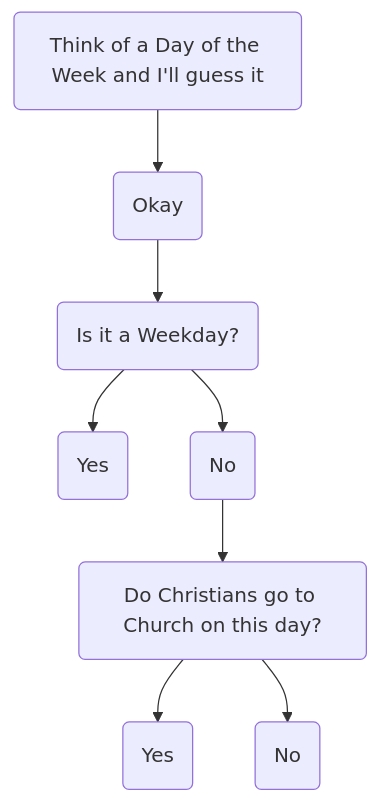
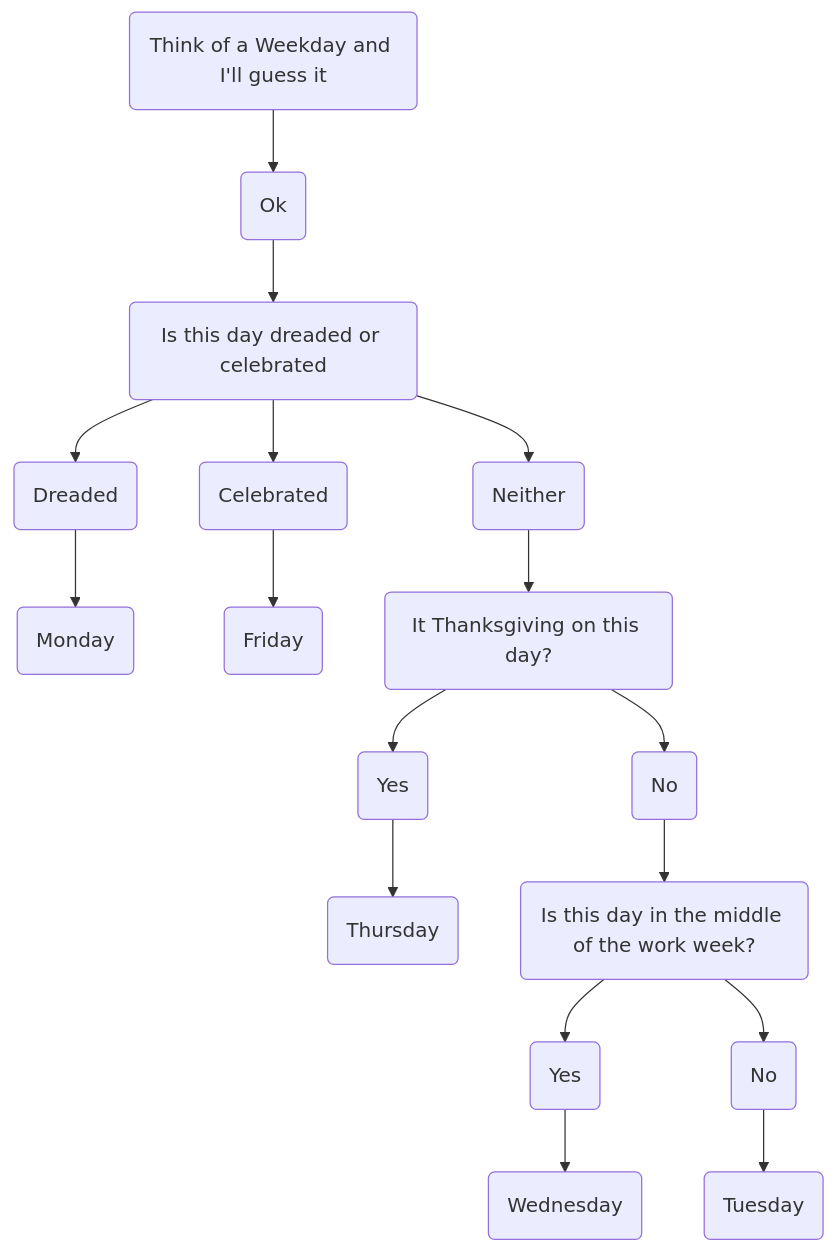
Before and after one commit to oliverwt/oliverwt.github.io: the diagram in Guessing.md, drawn with Mermaid.

Commit message:
Simplified chart

````diff
--- a/Guessing.md
+++ b/Guessing.md
@@ -1,11 +1,20 @@
 ```mermaid
 flowchart TD;
-    id1(Think of a Day of the Week and I'll guess it) -->id2(Okay);
-    id2(Okay)-->id3(Is it a Weekday?);
-    id3(Is it a Weekday?)-->id4(Yes);
-    id3(Is it a Weekday?)-->id5(No);
-    id5(No)-->id6(Do Christians go to Church on this day?);
-    id6(Do Christians go to Church on this day?)-->id7(Yes);
-    id6(Do Christians go to Church on this day?)-->id8(No);
-    
+    id1(Think of a Weekday and I'll guess it)
+    id1(Think of a Weekday and I'll guess it)-->id2(Ok)
+    id2(Ok)-->id3(Is this day dreaded or celebrated)
+    id3(Is this day dreaded or celebrated)-->id4(Dreaded)
+    id3(Is this day dreaded or celebrated)-->id5(Celebrated)
+    id3(Is this day dreaded or celebrated)-->id8(Neither)
+    id4(Dreaded)-->id6(Monday)
+    id5(Celebrated)-->id7(Friday)
+    id8(Neither)-->id9(It Thanksgiving on this day?)
+    id9(It Thanksgiving on this day?)-->id10(Yes)
+    id9(It Thanksgiving on this day?)-->id11(No)
+    id10(Yes)-->id12(Thursday)
+    id11(No)-->id13(Is this day in the middle of the work week?)
+    id13(Is this day in the middle of the work week?)-->id14(Yes)
+    id13(Is this day in the middle of the work week?)-->id15(No)
+    id14(Yes)-->id16(Wednesday)
+    id15(No)-->id17(Tuesday)
 ```
````
